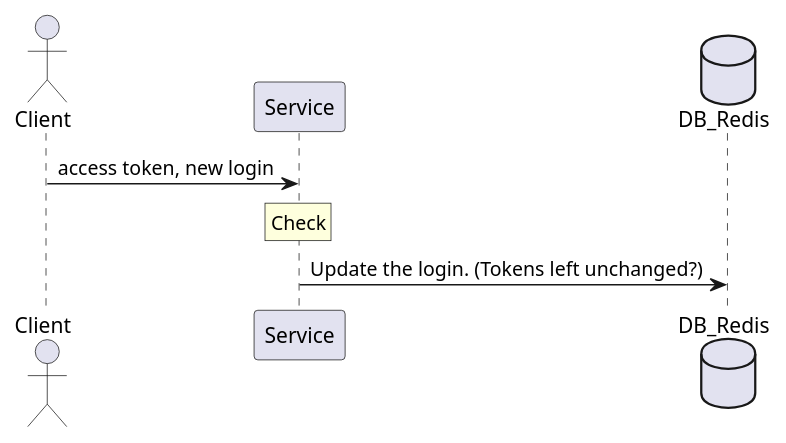
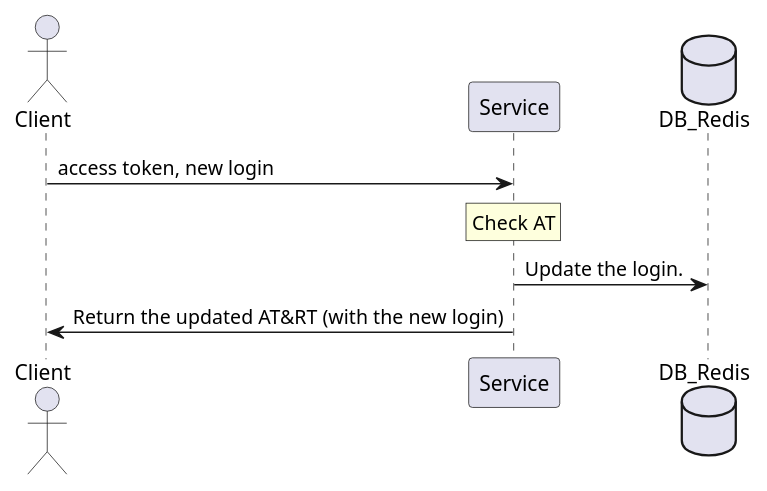
Before and after one commit to DeneesK/auth-service-flask: the diagram in doc/change_login.puml, drawn with PlantUML. The commit also changed 4 other files, not shown here.

```diff
--- a/doc/change_login.puml
+++ b/doc/change_login.puml
@@ -1,7 +1,8 @@
 @startuml
 actor Client
 Client -> Service: access token, new login
-rnote over Service: Check
+rnote over Service: Check AT
 database DB_Redis
-Service -> DB_Redis: Update the login. (Tokens left unchanged?)
+Service -> DB_Redis: Update the login.
+Service -> Client: Return the updated AT&RT (with the new login)
 @enduml
```
